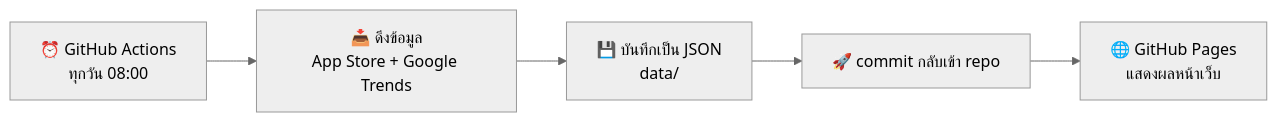
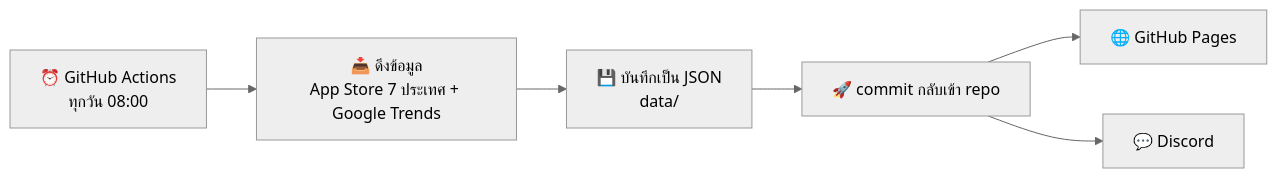
One commit to RMshowdown/trend-dashboard changed the diagram in README.md. Above: the diagram before and after it, drawn with Mermaid (neutral theme). The commit also changed other lines of this file and 19 other files, not shown here.

First line of the commit message:
feat: app idea research tools, global comparison and Discord report

````diff
--- a/README.md
+++ b/README.md
@@ -31,7 +69,8 @@
 ```mermaid
 flowchart LR
-    A[⏰ GitHub Actions<br/>ทุกวัน 08:00] --> B[📥 ดึงข้อมูล<br/>App Store + Google Trends]
+    A[⏰ GitHub Actions<br/>ทุกวัน 08:00] --> B[📥 ดึงข้อมูล<br/>App Store 7 ประเทศ + Google Trends]
     B --> C[💾 บันทึกเป็น JSON<br/>data/]
     C --> D[🚀 commit กลับเข้า repo]
-    D --> E[🌐 GitHub Pages<br/>แสดงผลหน้าเว็บ]
+    D --> E[🌐 GitHub Pages]
+    D --> F[💬 Discord]
 ```
````
